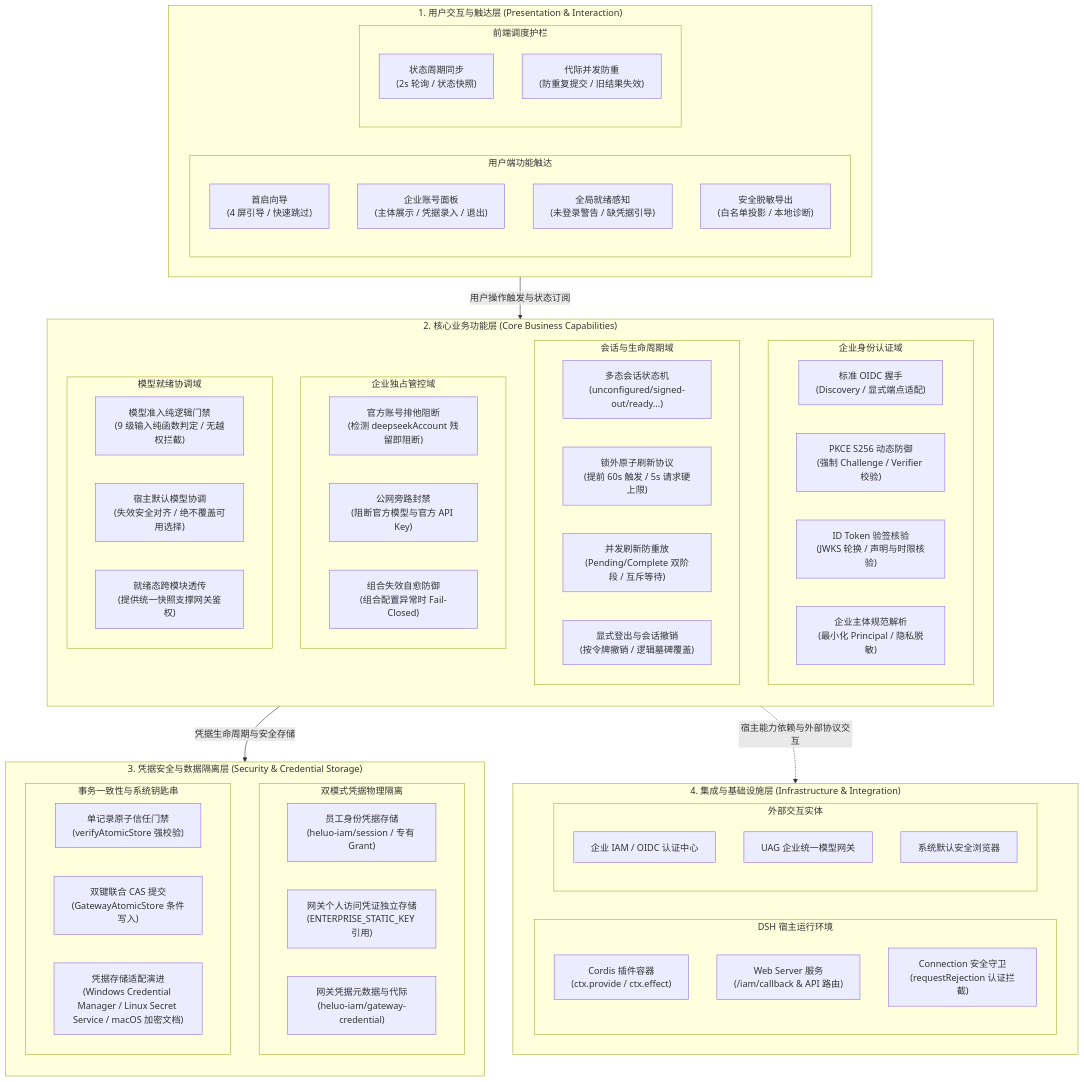
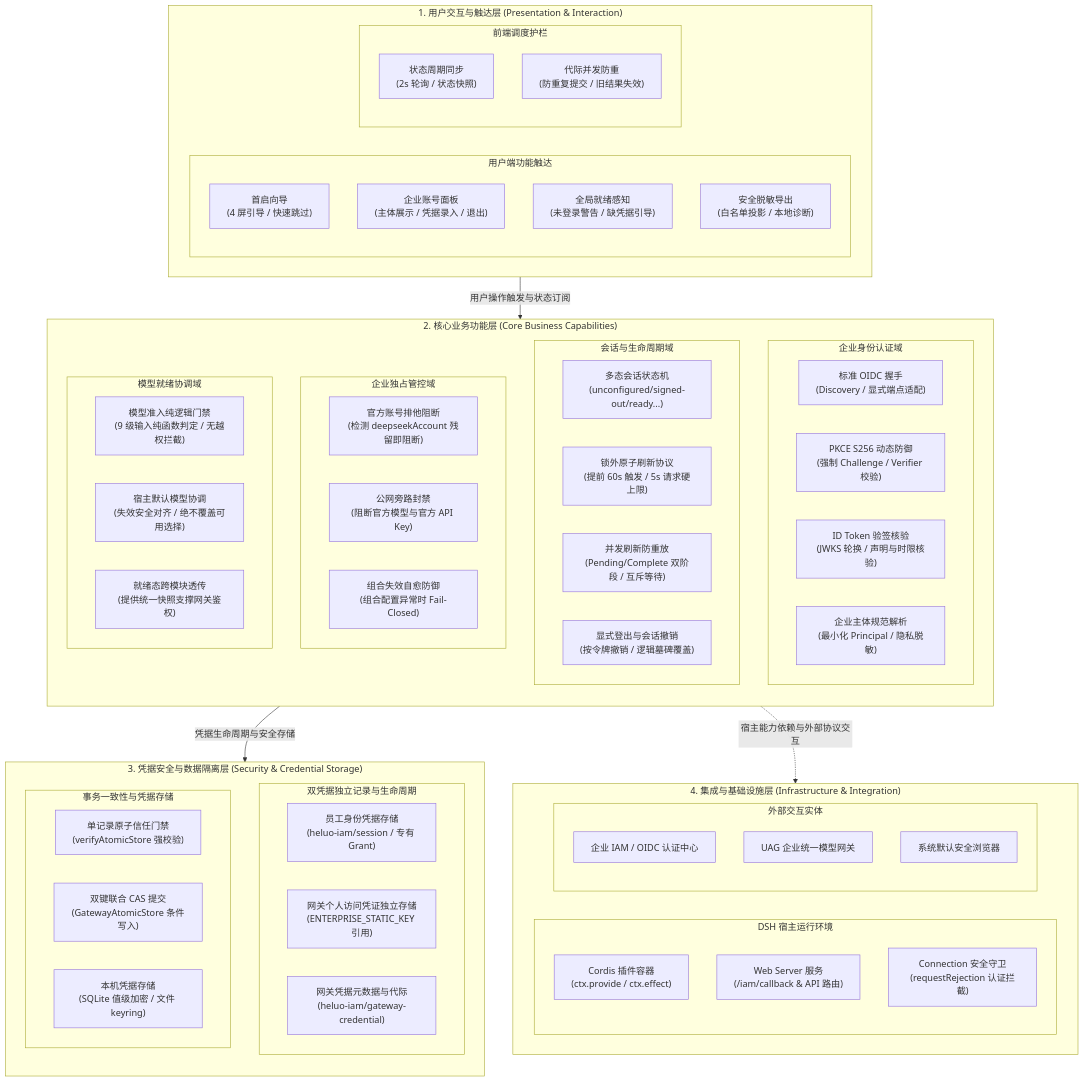
One commit to hrygo/heluo-forge changed the first of 6 diagrams in docs/design/plugins/forge-iam.md. Above: the diagram before and after it, drawn with Mermaid. The commit also changed other lines of this file and 121 other files, not shown here.

```diff
--- a/docs/design/plugins/forge-iam.md
+++ b/docs/design/plugins/forge-iam.md
@@ -165,17 +165,17 @@
 
   subgraph Storage["3. 凭据安全与数据隔离层 (Security & Credential Storage)"]
     direction TB
-    subgraph Store_Partition["双模式凭据物理隔离"]
+    subgraph Store_Partition["双凭据独立记录与生命周期"]
       direction LR
       F_SessionStore["员工身份凭据存储<br/>(heluo-iam/session / 专有 Grant)"]
       F_GatewayStore["网关个人访问凭证独立存储<br/>(ENTERPRISE_STATIC_KEY 引用)"]
       F_MetaStore["网关凭据元数据与代际<br/>(heluo-iam/gateway-credential)"]
     end
-    subgraph Store_Atomic["事务一致性与系统钥匙串"]
+    subgraph Store_Atomic["事务一致性与凭据存储"]
       direction LR
       F_AtomicCheck["单记录原子信任门禁<br/>(verifyAtomicStore 强校验)"]
       F_GatewayCAS["双键联合 CAS 提交<br/>(GatewayAtomicStore 条件写入)"]
-      F_Keychain["凭据存储适配演进<br/>(Windows Credential Manager / Linux Secret Service / macOS 加密文档)"]
+      F_Keychain["本机凭据存储<br/>(SQLite 值级加密 / 文件 keyring)"]
     end
   end
 
```
